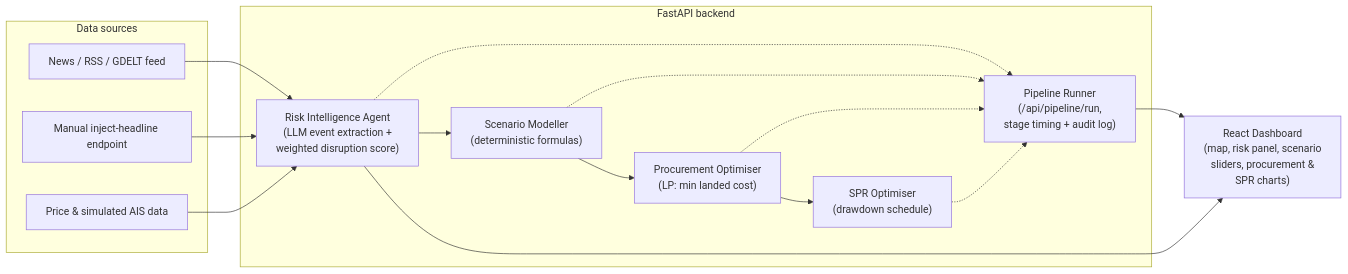
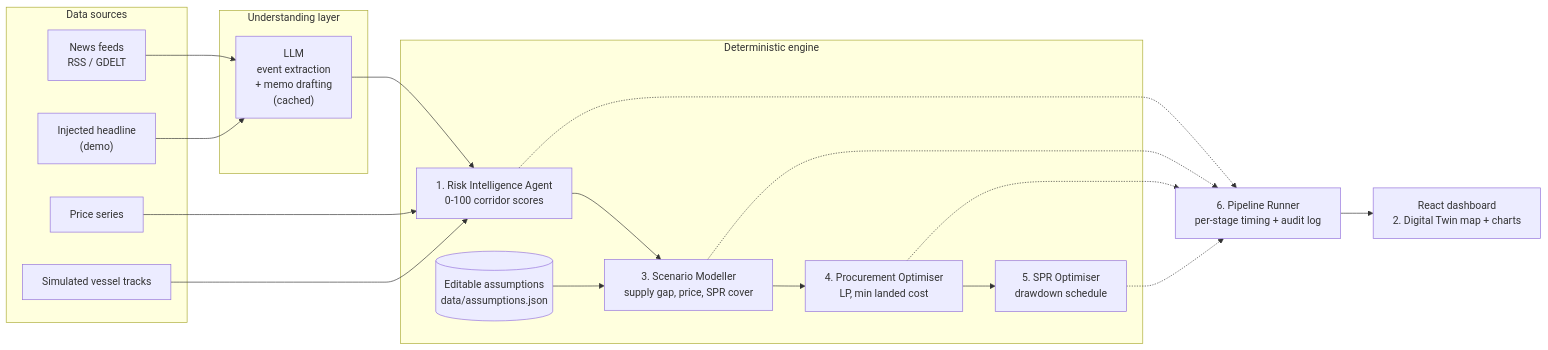
One commit to rehanmujawar087/energyshield-ai changed the diagram in README.md. Above: the diagram before and after it, drawn with Mermaid. The commit also changed other lines of this file, not shown here.

````diff
--- a/README.md
+++ b/README.md
@@ -53,29 +63,39 @@
 ```mermaid
 flowchart LR
-    subgraph Sources["Data sources"]
-        A1[News / RSS / GDELT feed]
-        A2[Manual inject-headline endpoint]
-        A3[Price & simulated AIS data]
+    subgraph SRC["Data sources"]
+        N["News feeds<br/>RSS / GDELT"]
+        H["Injected headline<br/>(demo)"]
+        P["Price series"]
+        V["Simulated vessel tracks"]
     end
 
-    subgraph Backend["FastAPI backend"]
-        B["Risk Intelligence Agent\n(LLM event extraction +\nweighted disruption score)"]
-        C["Scenario Modeller\n(deterministic formulas)"]
-        D["Procurement Optimiser\n(LP: min landed cost)"]
-        E["SPR Optimiser\n(drawdown schedule)"]
-        F["Pipeline Runner\n(/api/pipeline/run,\nstage timing + audit log)"]
+    subgraph AI["Understanding layer"]
+        L["LLM<br/>event extraction<br/>+ memo drafting<br/>(cached)"]
     end
 
-    G["React Dashboard\n(map, risk panel, scenario\nsliders, procurement &\nSPR charts)"]
+    subgraph CORE["Deterministic engine"]
+        R["1. Risk Intelligence Agent<br/>0-100 corridor scores"]
+        S["3. Scenario Modeller<br/>supply gap, price, SPR cover"]
+        O["4. Procurement Optimiser<br/>LP, min landed cost"]
+        SP["5. SPR Optimiser<br/>drawdown schedule"]
+        A[("Editable assumptions<br/>data/assumptions.json")]
+    end
 
-    A1 --> B
-    A2 --> B
-    A3 --> B
-    B --> C --> D --> E
-    B -.-> F
-    C -.-> F
-    D -.-> F
-    E -.-> F
-    F --> G
-    B --> G
+    PR["6. Pipeline Runner<br/>per-stage timing + audit log"]
+    UI["React dashboard<br/>2. Digital Twin map + charts"]
+
+    N --> L
+    H --> L
+    L --> R
+    P --> R
+    V --> R
+    R --> S
+    A --> S
+    S --> O
+    O --> SP
+    R -.-> PR
+    S -.-> PR
+    O -.-> PR
+    SP -.-> PR
+    PR --> UI
 ```
````
